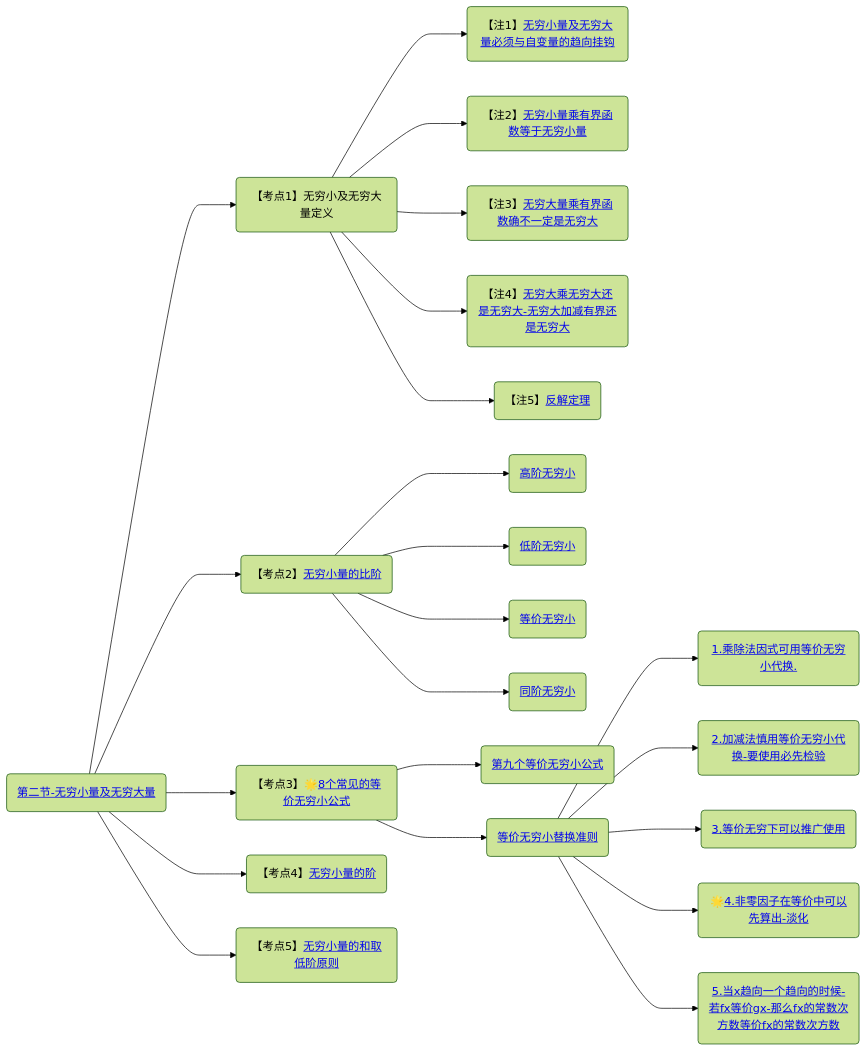
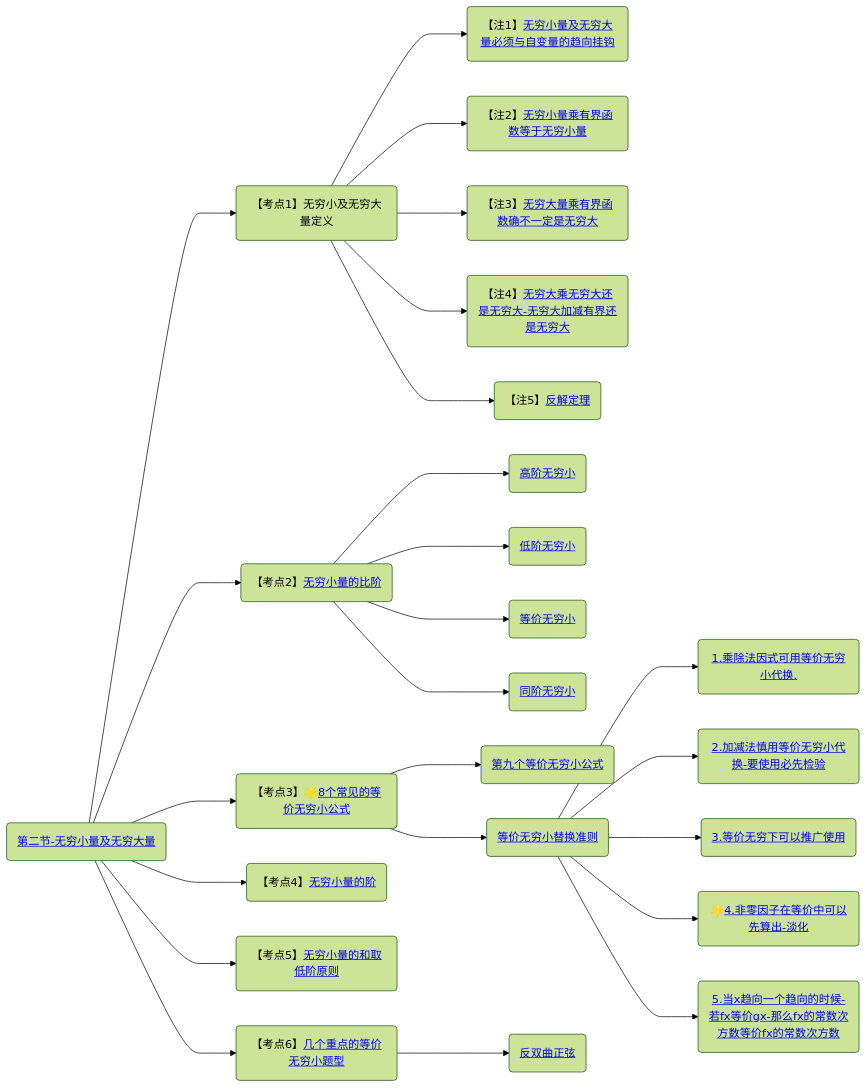
Before and after one commit to yuebinghui/note: the second of 2 diagrams in 笔记/数学/周洋鑫/基础班/00.大纲.md, drawn with Mermaid (forest theme). The commit also changed 8 other files, not shown here.

````diff
--- a/笔记/数学/周洋鑫/基础班/00.大纲.md
+++ b/笔记/数学/周洋鑫/基础班/00.大纲.md
@@ -41,34 +41,37 @@
 ```mermaid
 graph LR
 
 第二节-无穷小量及无穷大量(<a href="/Users/yuebinghui/Documents/program/github/note/笔记/数学/周洋鑫/基础班/02.无穷小量及无穷大量.md#第二节-无穷小量及无穷大量">第二节-无穷小量及无穷大量</>)
 
 第二节-无穷小量及无穷大量--->无穷小及无穷大量定义(【考点1】无穷小及无穷大量定义)
 
 无穷小及无穷大量定义--->无穷小量及无穷大量必须与自变量的趋向挂钩(【注1】<a href="/Users/yuebinghui/Documents/program/github/note/笔记/数学/周洋鑫/基础班/02.无穷小量及无穷大量.md#无穷小量及无穷大量必须与自变量的趋向挂钩">无穷小量及无穷大量必须与自变量的趋向挂钩</>)
 无穷小及无穷大量定义--->无穷小量乘有界函数等于无穷小量(【注2】<a href="/Users/yuebinghui/Documents/program/github/note/笔记/数学/周洋鑫/基础班/02.无穷小量及无穷大量.md#无穷小量乘有界函数等于无穷小量">无穷小量乘有界函数等于无穷小量</>)
 无穷小及无穷大量定义--->无穷大量乘有界函数确不一定是无穷大(【注3】<a href="/Users/yuebinghui/Documents/program/github/note/笔记/数学/周洋鑫/基础班/02.无穷小量及无穷大量.md#无穷大量乘有界函数确不一定是无穷大">无穷大量乘有界函数确不一定是无穷大</>)
 无穷小及无穷大量定义--->无穷大乘无穷大还是无穷大-无穷大加减有界还是无穷大(【注4】<a href="/Users/yuebinghui/Documents/program/github/note/笔记/数学/周洋鑫/基础班/02.无穷小量及无穷大量.md#无穷大乘无穷大还是无穷大-无穷大加减有界还是无穷大">无穷大乘无穷大还是无穷大-无穷大加减有界还是无穷大</>)
 无穷小及无穷大量定义--->反解定理(【注5】<a href="/Users/yuebinghui/Documents/program/github/note/笔记/数学/周洋鑫/基础班/02.无穷小量及无穷大量.md#反解定理">反解定理</>)
 
 第二节-无穷小量及无穷大量--->无穷小量的比阶(【考点2】<a href="/Users/yuebinghui/Documents/program/github/note/笔记/数学/周洋鑫/基础班/02.无穷小量及无穷大量.md#无穷小量的比阶">无穷小量的比阶</>)
 无穷小量的比阶--->高阶无穷小(<a href="/Users/yuebinghui/Documents/program/github/note/笔记/数学/周洋鑫/基础班/02.无穷小量及无穷大量.md#高阶无穷小">高阶无穷小</>)
 无穷小量的比阶--->低阶无穷小(<a href="/Users/yuebinghui/Documents/program/github/note/笔记/数学/周洋鑫/基础班/02.无穷小量及无穷大量.md#低阶无穷小">低阶无穷小</>)
 无穷小量的比阶--->等价无穷小(<a href="/Users/yuebinghui/Documents/program/github/note/笔记/数学/周洋鑫/基础班/02.无穷小量及无穷大量.md#等价无穷小">等价无穷小</>)
 无穷小量的比阶--->同阶无穷小(<a href="/Users/yuebinghui/Documents/program/github/note/笔记/数学/周洋鑫/基础班/02.无穷小量及无穷大量.md#同阶无穷小">同阶无穷小</>)
 
 第二节-无穷小量及无穷大量--->8个常见的等价无穷小公式(【考点3】🌟<a href="/Users/yuebinghui/Documents/program/github/note/笔记/数学/周洋鑫/基础班/02.无穷小量及无穷大量.md#8个常见的等价无穷小公式">8个常见的等价无穷小公式</>)
 8个常见的等价无穷小公式--->第九个等价无穷小公式(<a href="/Users/yuebinghui/Documents/program/github/note/笔记/数学/周洋鑫/基础班/02.无穷小量及无穷大量.md#第九个等价无穷小公式">第九个等价无穷小公式</>)
 8个常见的等价无穷小公式--->等价无穷小替换准则(<a href="/Users/yuebinghui/Documents/program/github/note/笔记/数学/周洋鑫/基础班/02.无穷小量及无穷大量.md#等价无穷小替换准则">等价无穷小替换准则</>)
 等价无穷小替换准则--->1.乘除法因式可用等价无穷小代换.(<a href="/Users/yuebinghui/Documents/program/github/note/笔记/数学/周洋鑫/基础班/02.无穷小量及无穷大量.md#1.乘除法因式可用等价无穷小代换.">1.乘除法因式可用等价无穷小代换.</>)
 等价无穷小替换准则--->2.加减法慎用等价无穷小代换-要使用必先检验(<a href="/Users/yuebinghui/Documents/program/github/note/笔记/数学/周洋鑫/基础班/02.无穷小量及无穷大量.md#2.加减法慎用等价无穷小代换-要使用必先检验">2.加减法慎用等价无穷小代换-要使用必先检验</>)
 等价无穷小替换准则--->3.等价无穷下可以推广使用(<a href="/Users/yuebinghui/Documents/program/github/note/笔记/数学/周洋鑫/基础班/02.无穷小量及无穷大量.md#3.等价无穷下可以推广使用">3.等价无穷下可以推广使用</>)
 等价无穷小替换准则--->4.非零因子在等价中可以先算出-淡化(🌟<a href="/Users/yuebinghui/Documents/program/github/note/笔记/数学/周洋鑫/基础班/02.无穷小量及无穷大量.md#4.非零因子在等价中可以先算出-淡化">4.非零因子在等价中可以先算出-淡化</>)
 等价无穷小替换准则--->5.当x趋向一个趋向的时候-若fx等价gx-那么fx的常数次方数等价fx的常数次方数(<a href="/Users/yuebinghui/Documents/program/github/note/笔记/数学/周洋鑫/基础班/02.无穷小量及无穷大量.md#5.当x趋向一个趋向的时候-若fx等价gx-那么fx的常数次方数等价fx的常数次方数">5.当x趋向一个趋向的时候-若fx等价gx-那么fx的常数次方数等价fx的常数次方数</>)
 
 第二节-无穷小量及无穷大量--->无穷小量的阶(【考点4】<a href="/Users/yuebinghui/Documents/program/github/note/笔记/数学/周洋鑫/基础班/02.无穷小量及无穷大量.md#无穷小量的阶">无穷小量的阶</>)
 
 第二节-无穷小量及无穷大量--->无穷小量的和取低阶原则(【考点5】<a href="/Users/yuebinghui/Documents/program/github/note/笔记/数学/周洋鑫/基础班/02.无穷小量及无穷大量.md#无穷小量的和取低阶原则">无穷小量的和取低阶原则</>)
 
+第二节-无穷小量及无穷大量--->几个重点的等价无穷小题型(【考点6】<a href="/Users/yuebinghui/Documents/program/github/note/笔记/数学/周洋鑫/基础班/02.无穷小量及无穷大量.md#几个重点的等价无穷小题型">几个重点的等价无穷小题型</>)
+几个重点的等价无穷小题型--->反双曲正弦(<a href="/Users/yuebinghui/Documents/program/github/note/笔记/数学/周洋鑫/基础班/02.无穷小量及无穷大量.md#反双曲正弦">反双曲正弦</>)
+
 
 ```
````
